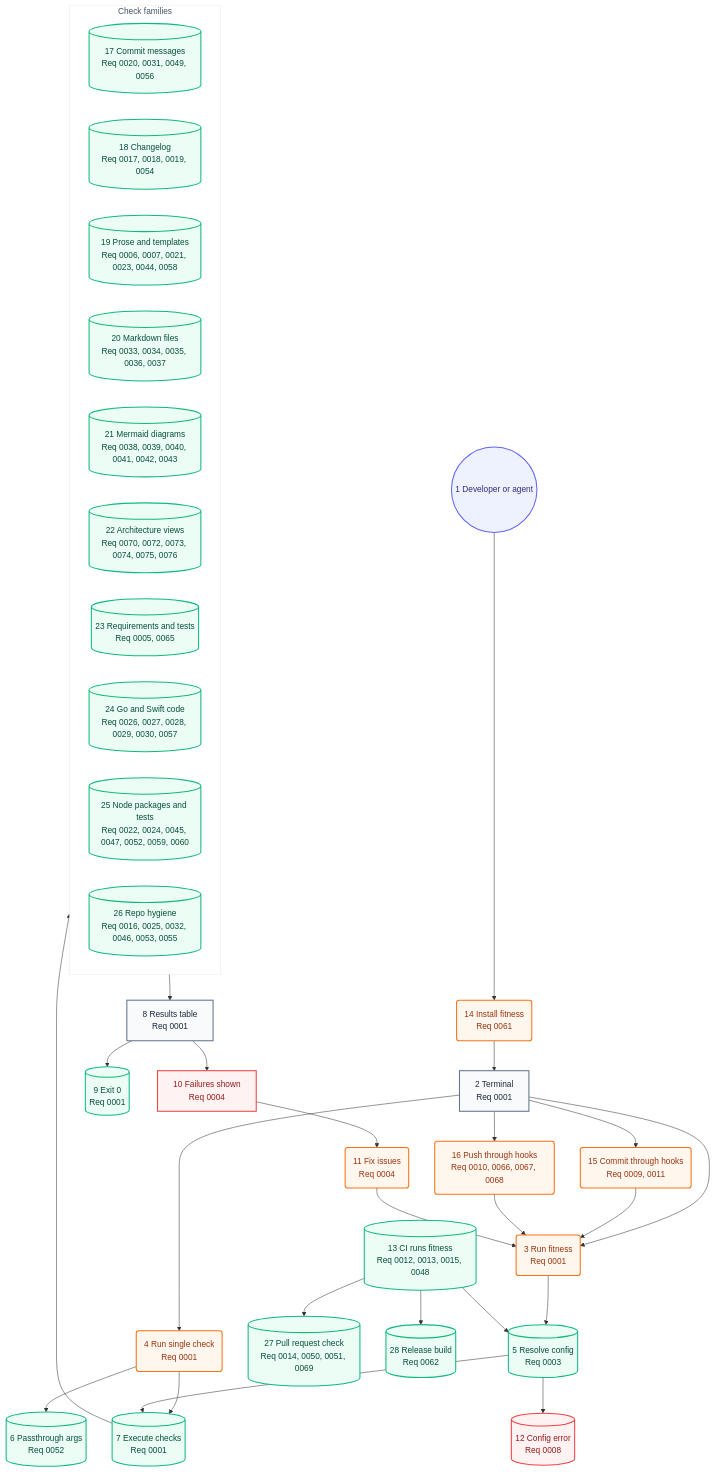
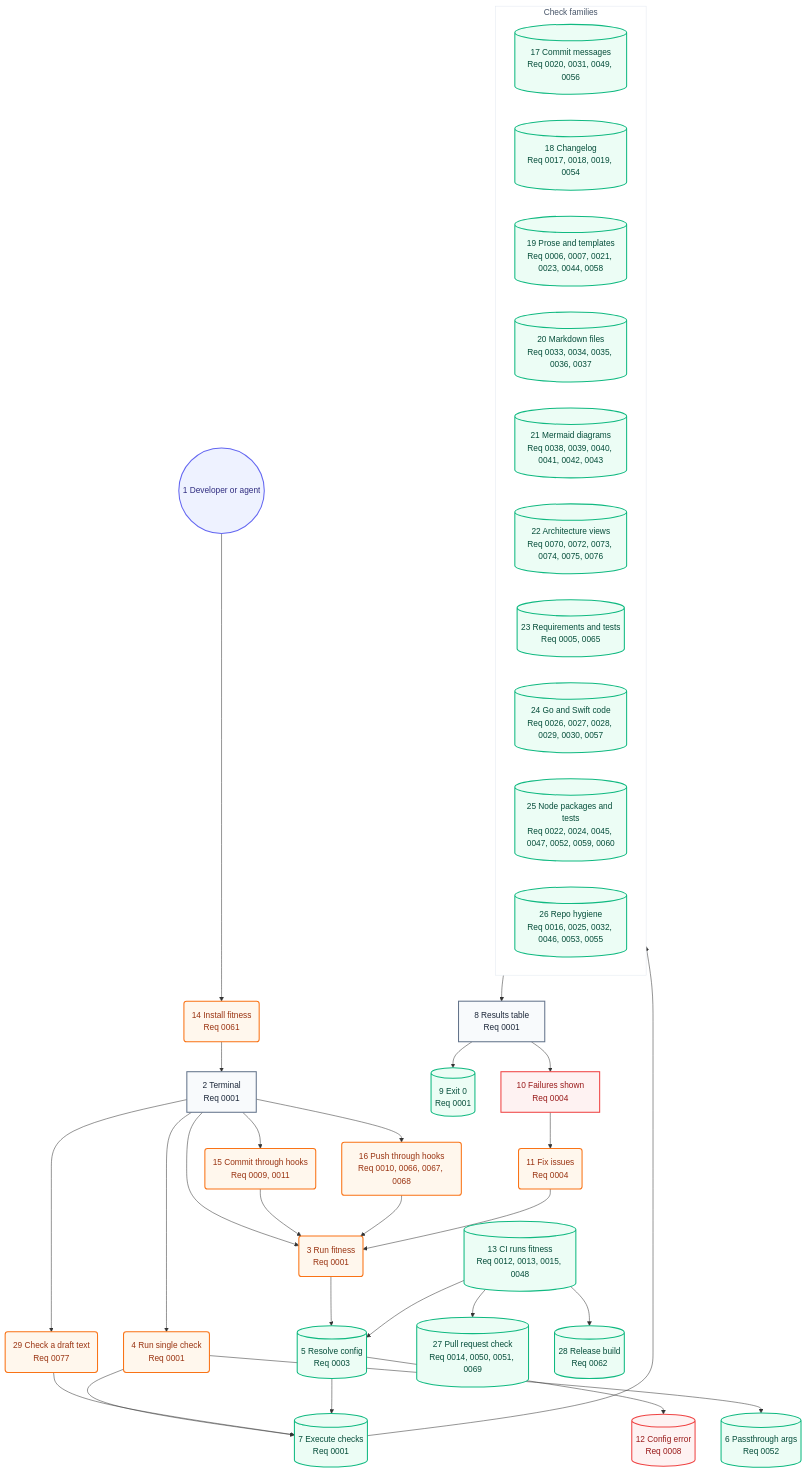
Before and after one commit to may-journal/fitness-runner: the second of 2 diagrams in docs/architecture/05-user-journey.md, drawn with Mermaid. The commit also changed other lines of this file and 24 other files, not shown here.

First line of the commit message:
feat(runner): run blob-capable checks on a text with --blob

````diff
--- a/docs/architecture/05-user-journey.md
+++ b/docs/architecture/05-user-journey.md
@@ -40,66 +40,69 @@
 ```mermaid
 flowchart TB
     dev((1 Developer or agent)):::persona
     install(14 Install fitness<br/>Req 0061):::action
     terminal[2 Terminal<br/>Req 0001]:::screen
     runFull(3 Run fitness<br/>Req 0001):::action
     runSingle(4 Run single check<br/>Req 0001):::action
+    runBlob(29 Check a draft text<br/>Req 0077):::action
     commitHook(15 Commit through hooks<br/>Req 0009, 0011):::action
     pushHook(16 Push through hooks<br/>Req 0010, 0066, 0067, 0068):::action
     resolveConfig[(5 Resolve config<br/>Req 0003)]:::system
     passArgs[(6 Passthrough args<br/>Req 0052)]:::system
     executeChecks[(7 Execute checks<br/>Req 0001)]:::system
 
     subgraph checks["Check families"]
         commitChecks[(17 Commit messages<br/>Req 0020, 0031, 0049, 0056)]:::system
         changelogChecks[(18 Changelog<br/>Req 0017, 0018, 0019, 0054)]:::system
         proseChecks[(19 Prose and templates<br/>Req 0006, 0007, 0021, 0023, 0044, 0058)]:::system
         markdownChecks[(20 Markdown files<br/>Req 0033, 0034, 0035, 0036, 0037)]:::system
         mermaidChecks[(21 Mermaid diagrams<br/>Req 0038, 0039, 0040, 0041, 0042, 0043)]:::system
         architectureChecks[(22 Architecture views<br/>Req 0070, 0072, 0073, 0074, 0075, 0076)]:::system
         requirementChecks[(23 Requirements and tests<br/>Req 0005, 0065)]:::system
         goSwiftChecks[(24 Go and Swift code<br/>Req 0026, 0027, 0028, 0029, 0030, 0057)]:::system
         nodeChecks[(25 Node packages and tests<br/>Req 0022, 0024, 0045, 0047, 0052, 0059, 0060)]:::system
         repoChecks[(26 Repo hygiene<br/>Req 0016, 0025, 0032, 0046, 0053, 0055)]:::system
     end
 
     resultsTable[8 Results table<br/>Req 0001]:::screen
     exitZero[(9 Exit 0<br/>Req 0001)]:::system
     failuresShown[10 Failures shown<br/>Req 0004]:::blocked
     fixIssues(11 Fix issues<br/>Req 0004):::action
     configError[(12 Config error<br/>Req 0008)]:::blocked
     ciRun[(13 CI runs fitness<br/>Req 0012, 0013, 0015, 0048)]:::system
     prCheck[(27 Pull request check<br/>Req 0014, 0050, 0051, 0069)]:::system
     release[(28 Release build<br/>Req 0062)]:::system
 
     dev --> install
     install --> terminal
     terminal --> runFull
     terminal --> runSingle
     terminal --> commitHook
     terminal --> pushHook
+    terminal --> runBlob
     commitHook --> runFull
     pushHook --> runFull
     runFull --> resolveConfig
     runSingle --> executeChecks
     runSingle --> passArgs
+    runBlob --> executeChecks
     resolveConfig --> executeChecks
     resolveConfig --> configError
     executeChecks --> checks
     checks --> resultsTable
     resultsTable --> exitZero
     resultsTable --> failuresShown
     failuresShown --> fixIssues
     fixIssues --> runFull
     ciRun --> resolveConfig
     ciRun --> prCheck
     ciRun --> release
 
     classDef persona fill:#eef2ff,stroke:#6366f1,color:#312e81,stroke-width:2px
     classDef screen fill:#f8fafc,stroke:#64748b,color:#1e293b,stroke-width:2px
     classDef action fill:#fff7ed,stroke:#f97316,color:#9a3412,stroke-width:2px
     classDef system fill:#ecfdf5,stroke:#10b981,color:#064e3b,stroke-width:2px
     classDef blocked fill:#fef2f2,stroke:#ef4444,color:#991b1b,stroke-width:2px
 
     style checks fill:#ffffff,stroke:#e2e8f0,color:#475569,stroke-width:1px
 ```
````
